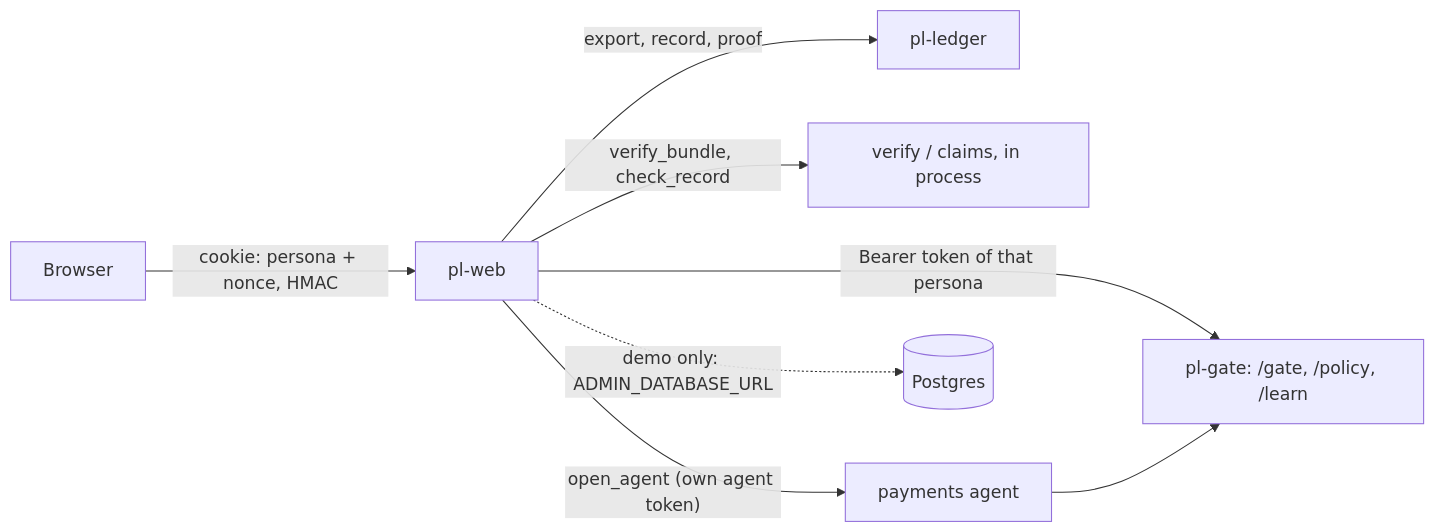
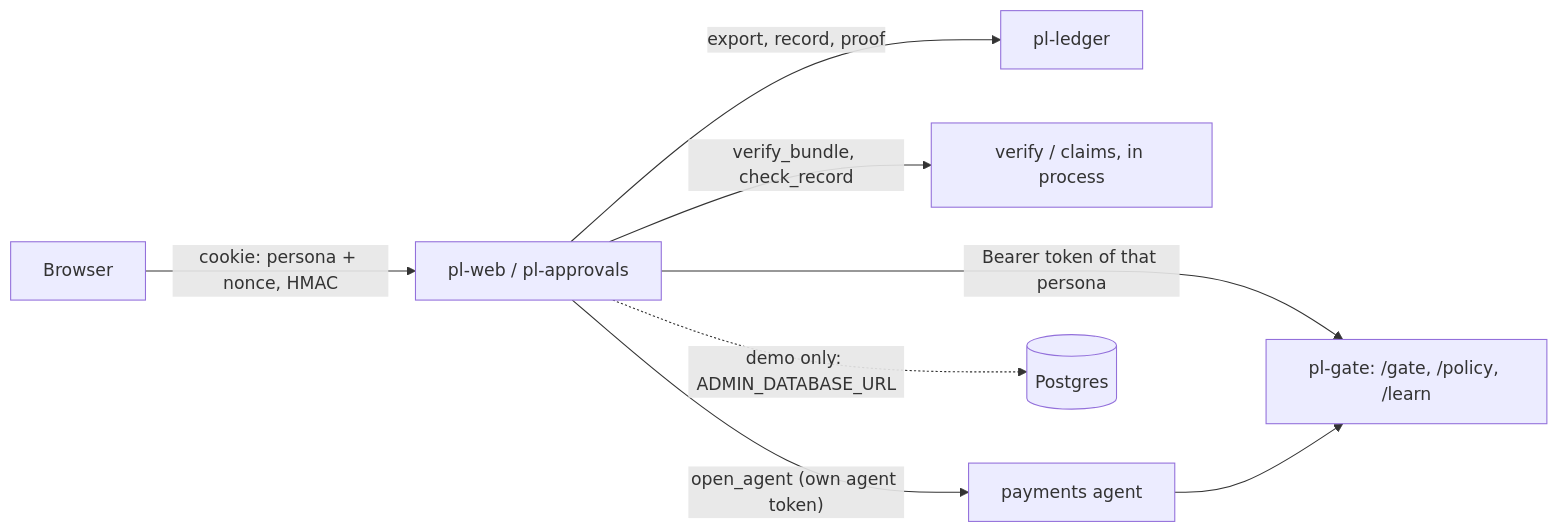
The diagram in docs/modules/web.md (mhafeezajh/precept-ledger-meta), drawn with Mermaid before and after one commit. The commit also changed other lines of this file and 31 other files, not shown here.

````diff
--- a/docs/modules/web.md
+++ b/docs/modules/web.md
@@ -30,10 +39,10 @@
 ```mermaid
 flowchart LR
-    B[Browser] -- "cookie: persona + nonce, HMAC" --> W[pl-web]
+    B[Browser] -- "cookie: persona + nonce, HMAC" --> W[pl-web / pl-approvals]
     W -- "Bearer token of that persona" --> G[pl-gate: /gate, /policy, /learn]
     W -- "export, record, proof" --> L[pl-ledger]
     W -- "verify_bundle, check_record" --> V[verify / claims, in process]
     W -- "open_agent (own agent token)" --> A[payments agent]
     A --> G
     W -. "demo only: ADMIN_DATABASE_URL" .-> P[(Postgres)]
 ```
````
